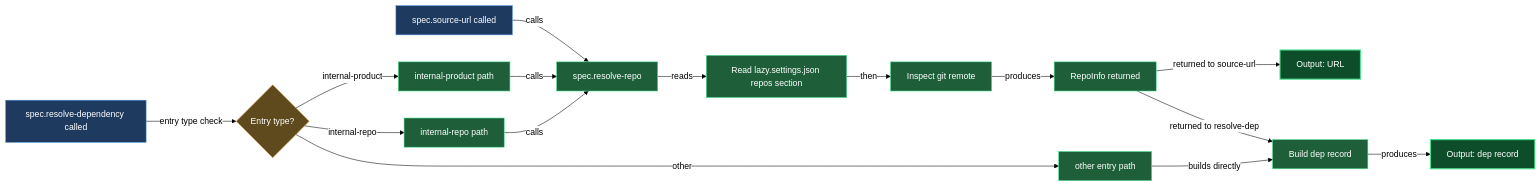
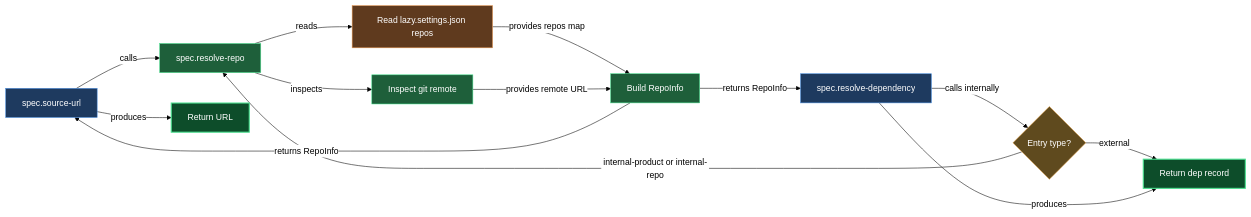
Before and after one commit to mebius-san/lazy-cortex: the diagram in claude/lazycortex-specs/help/source-links.md, drawn with Mermaid. The commit also changed other lines of this file and 52 other files, not shown here.

````diff
--- a/claude/lazycortex-specs/help/source-links.md
+++ b/claude/lazycortex-specs/help/source-links.md
@@ -47,51 +47,42 @@
 ```mermaid
 %%{init: {'themeVariables':{'background':'transparent','lineColor':'#000','textColor':'#000','edgeLabelBackground':'#fff'},'themeCSS':'.edgeLabel{background-color:transparent!important}.edgeLabel p{background-color:transparent!important}','flowchart':{'diagramPadding':5,'useMaxWidth':true}}}%%
 flowchart LR
-  callerSourceUrl[spec.source-url called]
-  callerResolveDep[spec.resolve-dependency called]
+  callerSourceUrl[spec.source-url]
+  callerResolveDep[spec.resolve-dependency]
   resolveRepo[spec.resolve-repo]
-  readSettings[Read lazy.settings.json repos section]
+  readSettings[Read lazy.settings.json repos]
   inspectRemote[Inspect git remote]
-  repoInfo[RepoInfo returned]
-  guardEntryType{Entry type?}
-  internalProduct[internal-product path]
-  internalRepoPath[internal-repo path]
-  otherEntry[other entry path]
-  buildDepRecord[Build dep record]
-  outputUrl[Output: URL]
-  outputDepRecord[Output: dep record]
+  entryType{Entry type?}
+  buildRepoInfo[Build RepoInfo]
+  returnUrl[Return URL]
+  returnDepRecord[Return dep record]
 
   callerSourceUrl -->|calls| resolveRepo
-  callerResolveDep -->|entry type check| guardEntryType
-  guardEntryType -->|internal-product| internalProduct
-  guardEntryType -->|internal-repo| internalRepoPath
-  guardEntryType -->|other| otherEntry
-  internalProduct -->|calls| resolveRepo
-  internalRepoPath -->|calls| resolveRepo
+  callerResolveDep -->|calls internally| entryType
+  entryType -->|internal-product or internal-repo| resolveRepo
+  entryType -->|external| returnDepRecord
   resolveRepo -->|reads| readSettings
-  readSettings -->|then| inspectRemote
-  inspectRemote -->|produces| repoInfo
-  repoInfo -->|returned to source-url| outputUrl
-  repoInfo -->|returned to resolve-dep| buildDepRecord
-  otherEntry -->|builds directly| buildDepRecord
-  buildDepRecord -->|produces| outputDepRecord
+  resolveRepo -->|inspects| inspectRemote
+  readSettings -->|provides repos map| buildRepoInfo
+  inspectRemote -->|provides remote URL| buildRepoInfo
+  buildRepoInfo -->|returns RepoInfo| callerSourceUrl
+  callerSourceUrl -->|produces| returnUrl
+  buildRepoInfo -->|returns RepoInfo| callerResolveDep
+  callerResolveDep -->|produces| returnDepRecord
 
   classDef entry fill:#1e3a5f,stroke:#4a90e2,color:#fff
   classDef guard fill:#5f4a1e,stroke:#e2a14a,color:#fff
   classDef action fill:#1e5f3a,stroke:#4ae290,color:#fff
   classDef success fill:#0d4d2a,stroke:#4ae290,color:#fff,stroke-width:2px
-  classDef error fill:#5f1e1e,stroke:#e24a4a,color:#fff,stroke-width:2px
+  classDef store fill:#5f3a1e,stroke:#e2904a,color:#fff
+
   class callerSourceUrl entry
   class callerResolveDep entry
-  class guardEntryType guard
+  class entryType guard
   class resolveRepo action
-  class readSettings action
+  class readSettings store
   class inspectRemote action
-  class repoInfo action
-  class internalProduct action
-  class internalRepoPath action
-  class otherEntry action
-  class buildDepRecord action
-  class outputUrl success
-  class outputDepRecord success
+  class buildRepoInfo action
+  class returnUrl success
+  class returnDepRecord success
 ```
````
